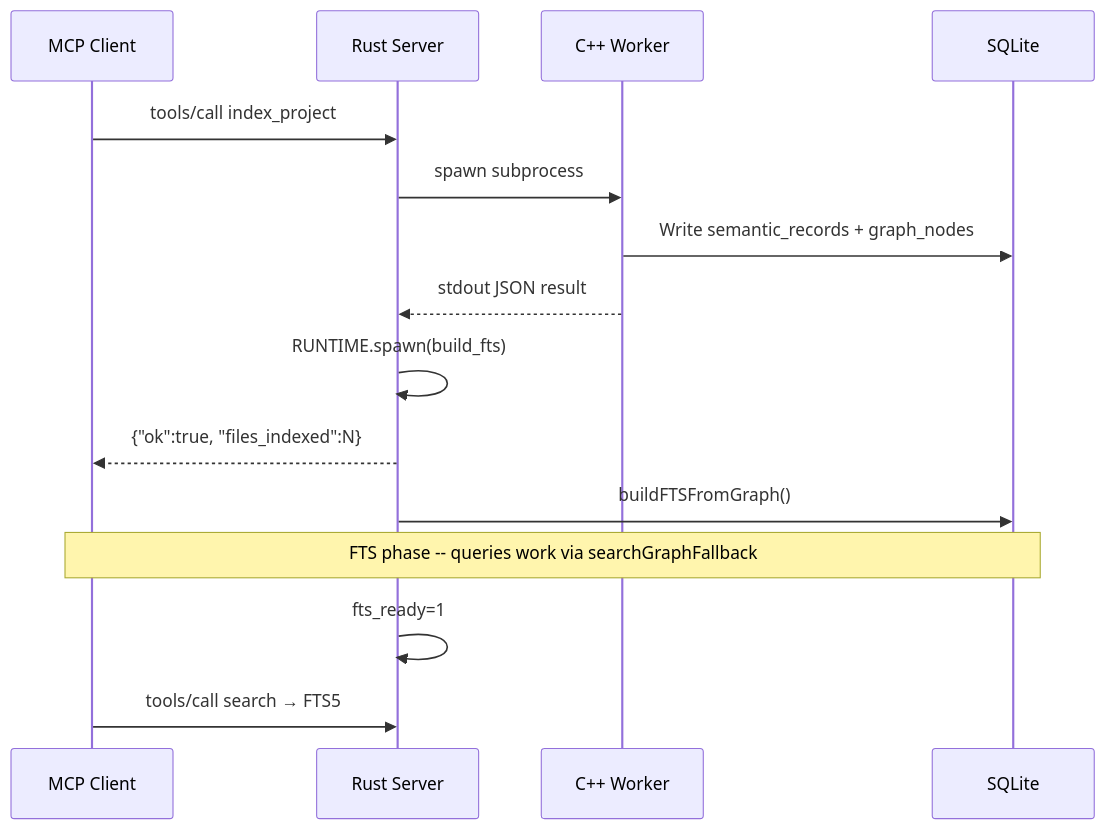
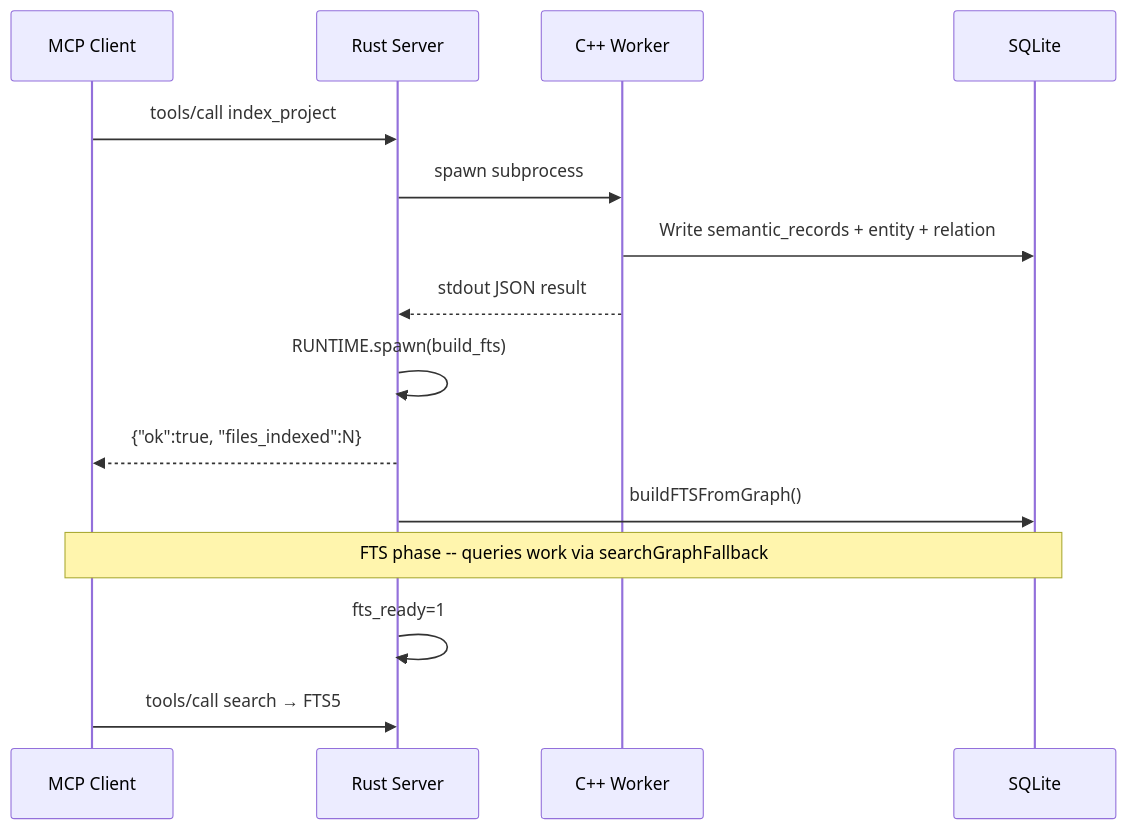
Before and after one commit to Timwood0x10/CodeScope: the sixth of 7 diagrams in docs/en/architecture.md, drawn with Mermaid. The commit also changed other lines of this file and 37 other files, not shown here.

````diff
--- a/docs/en/architecture.md
+++ b/docs/en/architecture.md
@@ -250,18 +250,18 @@
 ```mermaid
 sequenceDiagram
     participant Client as MCP Client
     participant Server as Rust Server
     participant Worker as C++ Worker
     participant DB as SQLite
 
     Client->>Server: tools/call index_project
     Server->>Worker: spawn subprocess
-    Worker->>DB: Write semantic_records + graph_nodes
+    Worker->>DB: Write semantic_records + entity + relation
     Worker-->>Server: stdout JSON result
     Server->>Server: RUNTIME.spawn(build_fts)
     Server-->>Client: {"ok":true, "files_indexed":N}
     Server->>DB: buildFTSFromGraph()
     Note over Client,DB: FTS phase -- queries work via searchGraphFallback
     Server->>Server: fts_ready=1
     Client->>Server: tools/call search → FTS5
 ```
````
